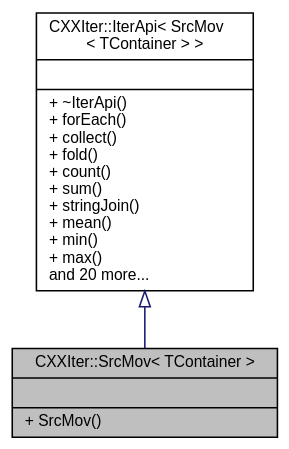
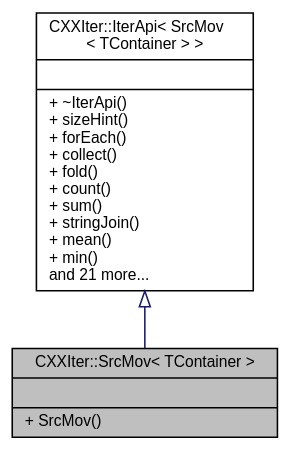
One commit to seijikun/CXXIter changed the diagram in classCXXIter_1_1SrcMov__inherit__graph.dot. Above: the diagram before and after it, drawn with Graphviz. The commit also changed 90 other files, not shown here.

```diff
--- a/classCXXIter_1_1SrcMov__inherit__graph.dot
+++ b/classCXXIter_1_1SrcMov__inherit__graph.dot
@@ -1,11 +1,11 @@
 digraph "CXXIter::SrcMov&lt; TContainer &gt;"
 {
  // INTERACTIVE_SVG=YES
  // LATEX_PDF_SIZE
   bgcolor="transparent";
   edge [fontname="Helvetica",fontsize="10",labelfontname="Helvetica",labelfontsize="10"];
   node [fontname="Helvetica",fontsize="10",shape=record];
-  Node1 [label="{CXXIter::SrcMov\< TContainer \>\n||+ SrcMov()\l}",height=0.2,width=0.4,color="black", fillcolor="grey75", style="filled", fontcolor="black",tooltip=" "];
+  Node1 [label="{CXXIter::SrcMov\< TContainer \>\n||+ SrcMov()\l}",height=0.2,width=0.4,color="black", fillcolor="grey75", style="filled", fontcolor="black",tooltip="CXXIter iterator source that takes over the input item source, and moves its items through the elemen..."];
   Node2 -> Node1 [dir="back",color="midnightblue",fontsize="10",style="solid",arrowtail="onormal",fontname="Helvetica"];
-  Node2 [label="{CXXIter::IterApi\< SrcMov\l\< TContainer \> \>\n||+ ~IterApi()\l+ forEach()\l+ collect()\l+ fold()\l+ count()\l+ sum()\l+ stringJoin()\l+ mean()\l+ min()\l+ max()\land 20 more...\l}",height=0.2,width=0.4,color="black",URL="$classCXXIter_1_1IterApi.html",tooltip=" "];
+  Node2 [label="{CXXIter::IterApi\< SrcMov\l\< TContainer \> \>\n||+ ~IterApi()\l+ sizeHint()\l+ forEach()\l+ collect()\l+ fold()\l+ count()\l+ sum()\l+ stringJoin()\l+ mean()\l+ min()\land 21 more...\l}",height=0.2,width=0.4,color="black",URL="$classCXXIter_1_1IterApi.html",tooltip=" "];
 }
```
